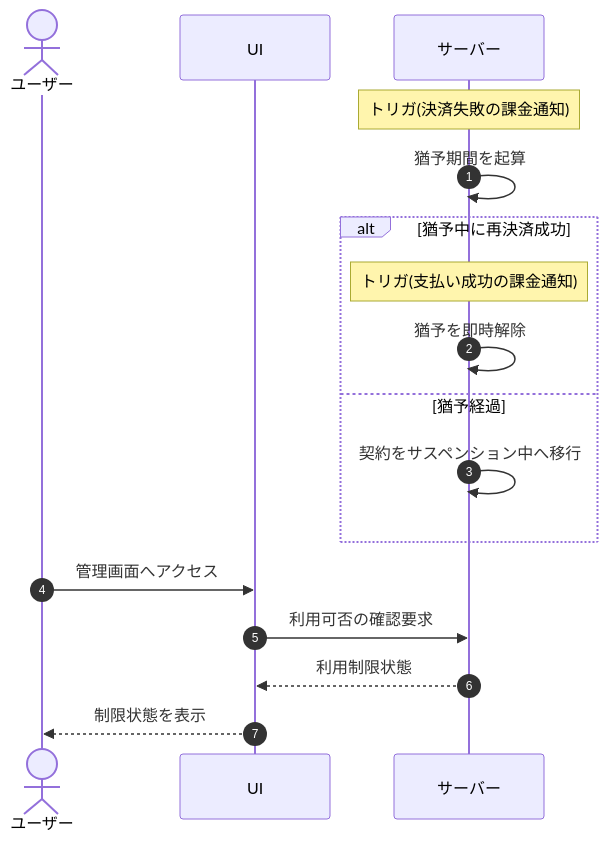
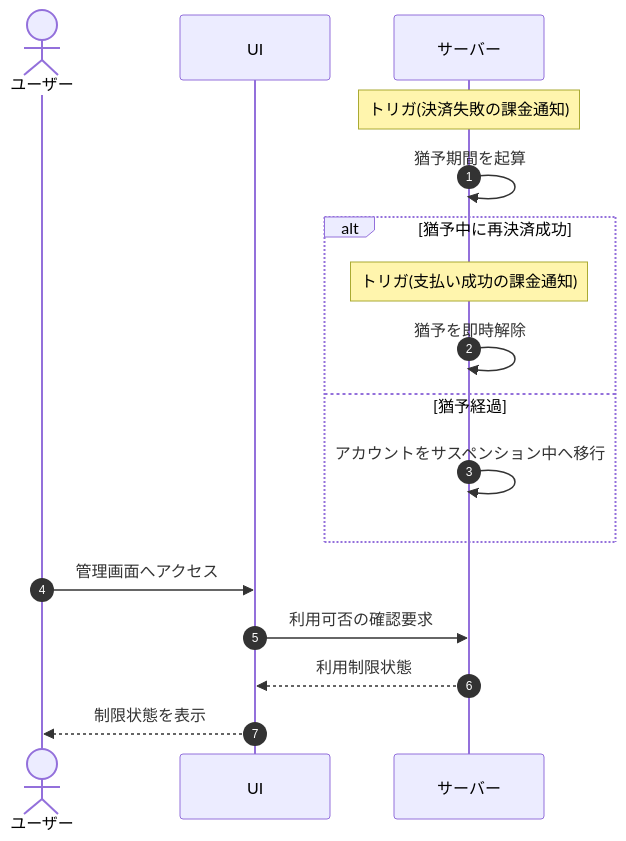
One commit to sikakou54/open-faq changed the fifth of 37 diagrams in 01_requirements/02_functional_requirement/03_usage-fr.md. Above: the diagram before and after it, drawn with Mermaid. The commit also changed other lines of this file and 294 other files, not shown here.

````diff
--- a/01_requirements/02_functional_requirement/03_usage-fr.md
+++ b/01_requirements/02_functional_requirement/03_usage-fr.md
@@ -137,19 +137,19 @@
 ```mermaid
 sequenceDiagram
   autonumber
   actor U as ユーザー
   participant UI as UI
   participant S as サーバー
   Note over S: トリガ(決済失敗の課金通知)
   S->>S: 猶予期間を起算
   alt 猶予中に再決済成功
     Note over S: トリガ(支払い成功の課金通知)
     S->>S: 猶予を即時解除
   else 猶予経過
-    S->>S: 契約をサスペンション中へ移行
+    S->>S: アカウントをサスペンション中へ移行
   end
   U->>UI: 管理画面へアクセス
   UI->>S: 利用可否の確認要求
   S-->>UI: 利用制限状態
   UI-->>U: 制限状態を表示
 ```
````
